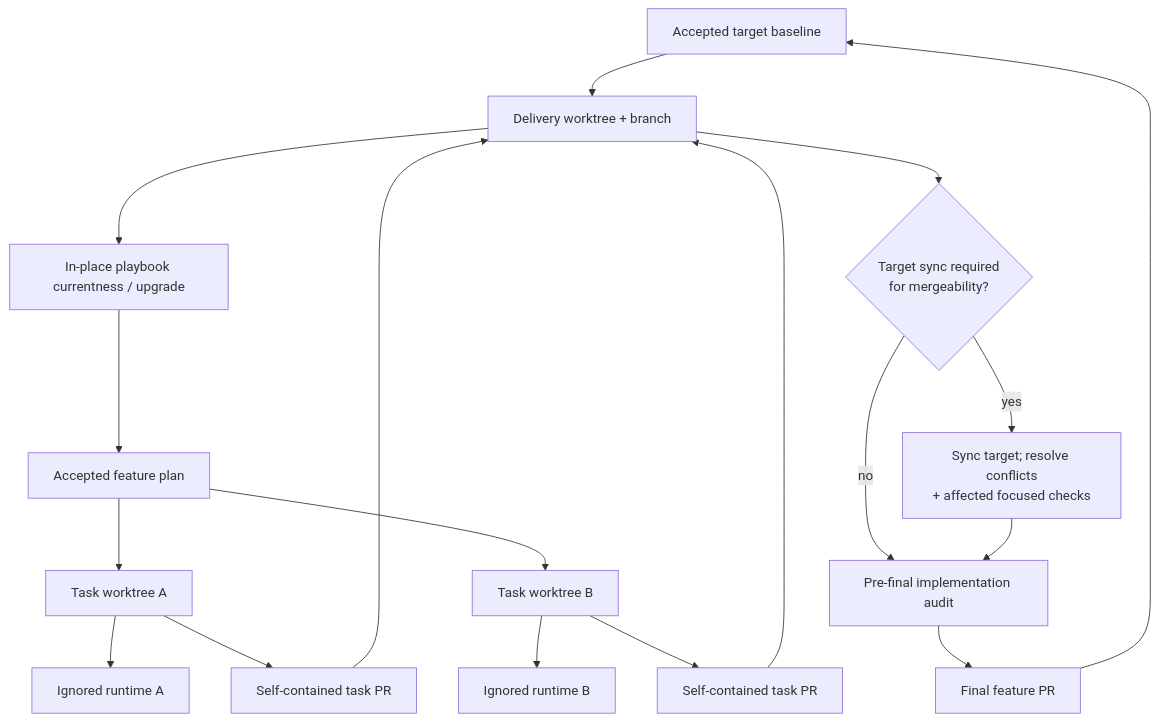
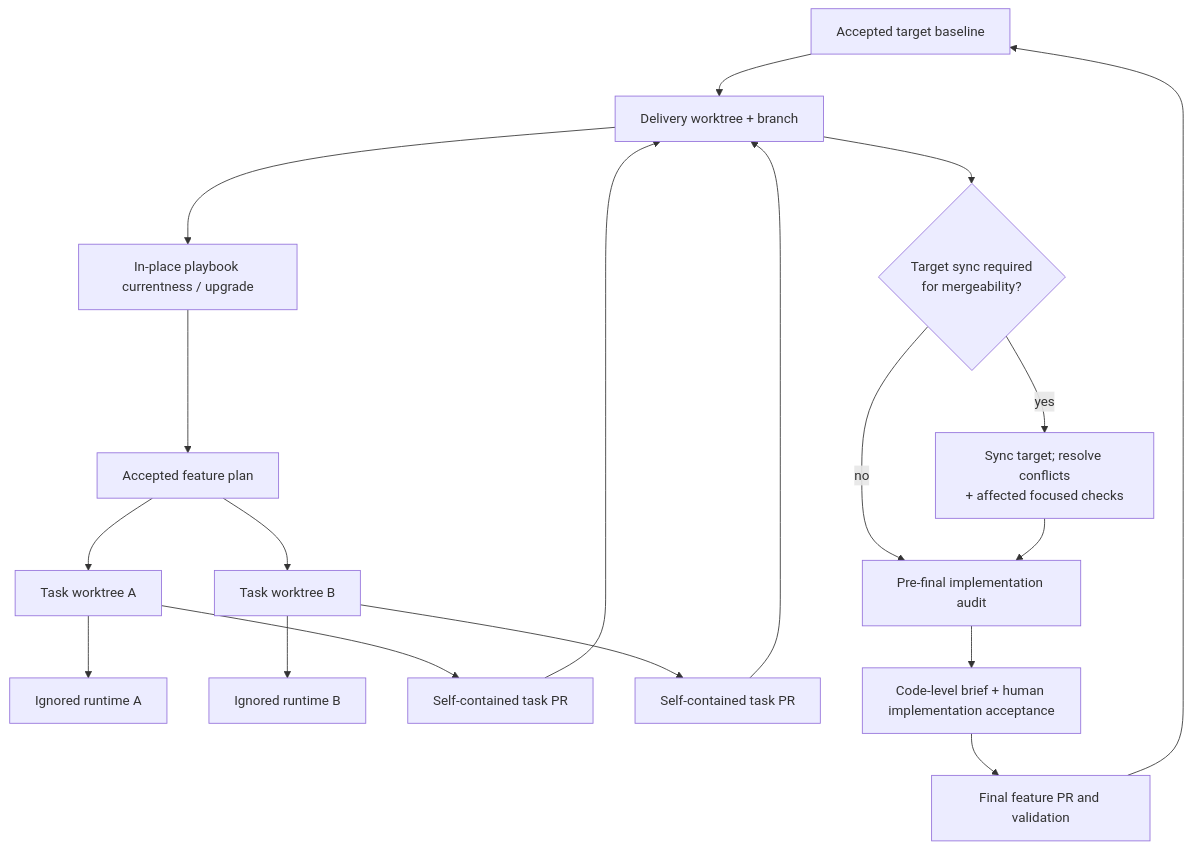
Before and after one commit to hhhhhusky777/spec-driven-delivery-playbook: diagram 16 of 16 in README.md, drawn with Mermaid. The commit also changed other lines of this file and 10 other files, not shown here.

Commit message:
feat: require code-grounded human review before final-test work

````diff
--- a/README.md
+++ b/README.md
@@ -848,20 +868,21 @@
 ```mermaid
 flowchart TD
     M["Accepted target baseline"] --> B["Delivery worktree + branch"]
     B --> U["In-place playbook currentness / upgrade"]
     U --> F["Accepted feature plan"]
     F --> T1["Task worktree A"]
     F --> T2["Task worktree B"]
     T1 --> R1["Ignored runtime A"]
     T2 --> R2["Ignored runtime B"]
     T1 --> P1["Self-contained task PR"]
     T2 --> P2["Self-contained task PR"]
     P1 --> B
     P2 --> B
     B --> S{"Target sync required<br/>for mergeability?"}
     S -->|"no"| A["Pre-final implementation audit"]
     S -->|"yes"| C["Sync target; resolve conflicts<br/>+ affected focused checks"]
     C --> A
-    A --> FP["Final feature PR"]
+    A --> H["Code-level brief + human implementation acceptance"]
+    H --> FP["Final feature PR and validation"]
     FP --> M
 ```
````
